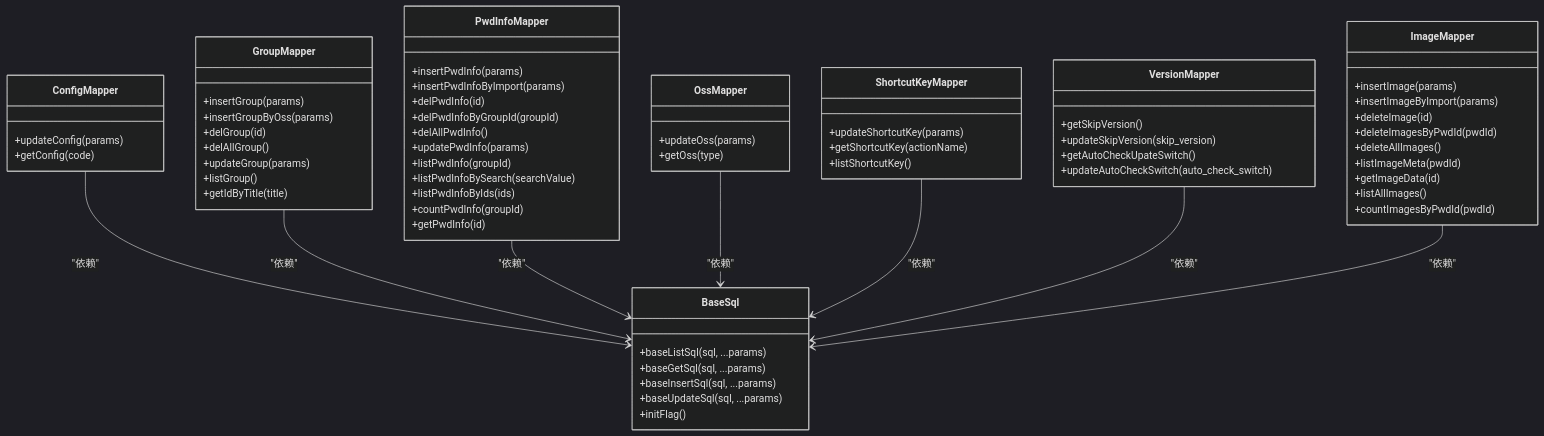
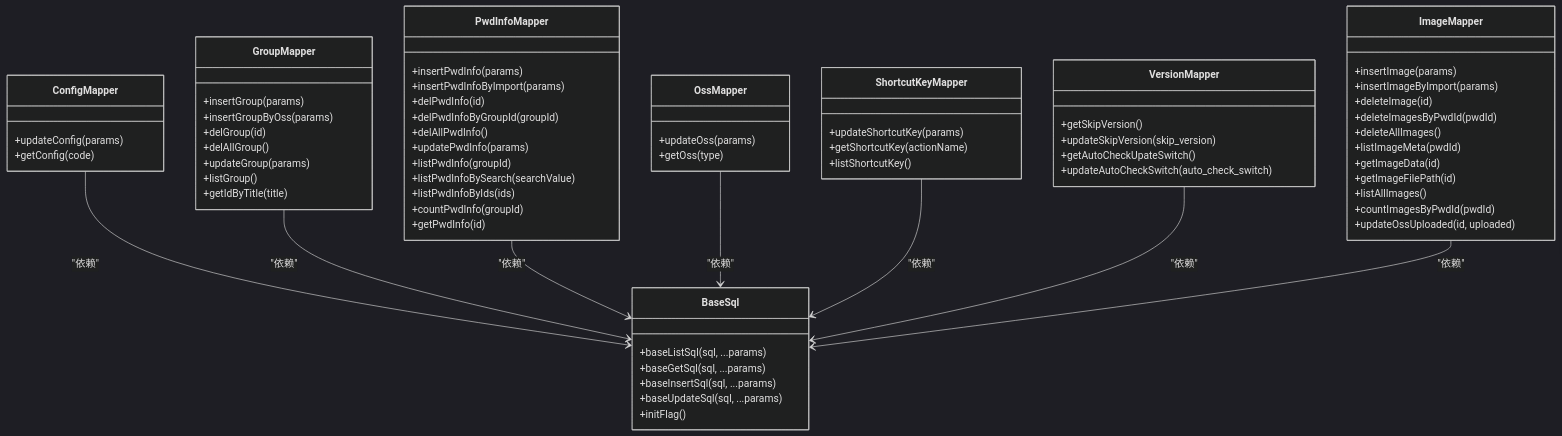
Before and after one commit to scgithub3220216/password-manager: the third of 5 diagrams in .qoder/repowiki/zh/content/架构设计/数据库层架构/Mapper层设计/Mapper层设计.md, drawn with Mermaid (dark theme). The commit also changed other lines of this file and 23 other files, not shown here.

First line of the commit message:
feat(sync): 完善图像数据同步架构与处理逻辑

````diff
--- a/.qoder/repowiki/zh/content/架构设计/数据库层架构/Mapper层设计/Mapper层设计.md
+++ b/.qoder/repowiki/zh/content/架构设计/数据库层架构/Mapper层设计/Mapper层设计.md
@@ -303,69 +316,71 @@
 ```mermaid
 classDiagram
 class BaseSql {
 +baseListSql(sql, ...params)
 +baseGetSql(sql, ...params)
 +baseInsertSql(sql, ...params)
 +baseUpdateSql(sql, ...params)
 +initFlag()
 }
 class ConfigMapper {
 +updateConfig(params)
 +getConfig(code)
 }
 class GroupMapper {
 +insertGroup(params)
 +insertGroupByOss(params)
 +delGroup(id)
 +delAllGroup()
 +updateGroup(params)
 +listGroup()
 +getIdByTitle(title)
 }
 class PwdInfoMapper {
 +insertPwdInfo(params)
 +insertPwdInfoByImport(params)
 +delPwdInfo(id)
 +delPwdInfoByGroupId(groupId)
 +delAllPwdInfo()
 +updatePwdInfo(params)
 +listPwdInfo(groupId)
 +listPwdInfoBySearch(searchValue)
 +listPwdInfoByIds(ids)
 +countPwdInfo(groupId)
 +getPwdInfo(id)
 }
 class OssMapper {
 +updateOss(params)
 +getOss(type)
 }
 class ShortcutKeyMapper {
 +updateShortcutKey(params)
 +getShortcutKey(actionName)
 +listShortcutKey()
 }
 class VersionMapper {
 +getSkipVersion()
 +updateSkipVersion(skip_version)
 +getAutoCheckUpateSwitch()
 +updateAutoCheckSwitch(auto_check_switch)
 }
 class ImageMapper {
 +insertImage(params)
 +insertImageByImport(params)
 +deleteImage(id)
 +deleteImagesByPwdId(pwdId)
 +deleteAllImages()
 +listImageMeta(pwdId)
 +getImageData(id)
++getImageFilePath(id)
 +listAllImages()
 +countImagesByPwdId(pwdId)
++updateOssUploaded(id, uploaded)
 }
 ConfigMapper --> BaseSql : "依赖"
 GroupMapper --> BaseSql : "依赖"
 PwdInfoMapper --> BaseSql : "依赖"
 OssMapper --> BaseSql : "依赖"
 ShortcutKeyMapper --> BaseSql : "依赖"
 VersionMapper --> BaseSql : "依赖"
 ImageMapper --> BaseSql : "依赖"
 ```
````
